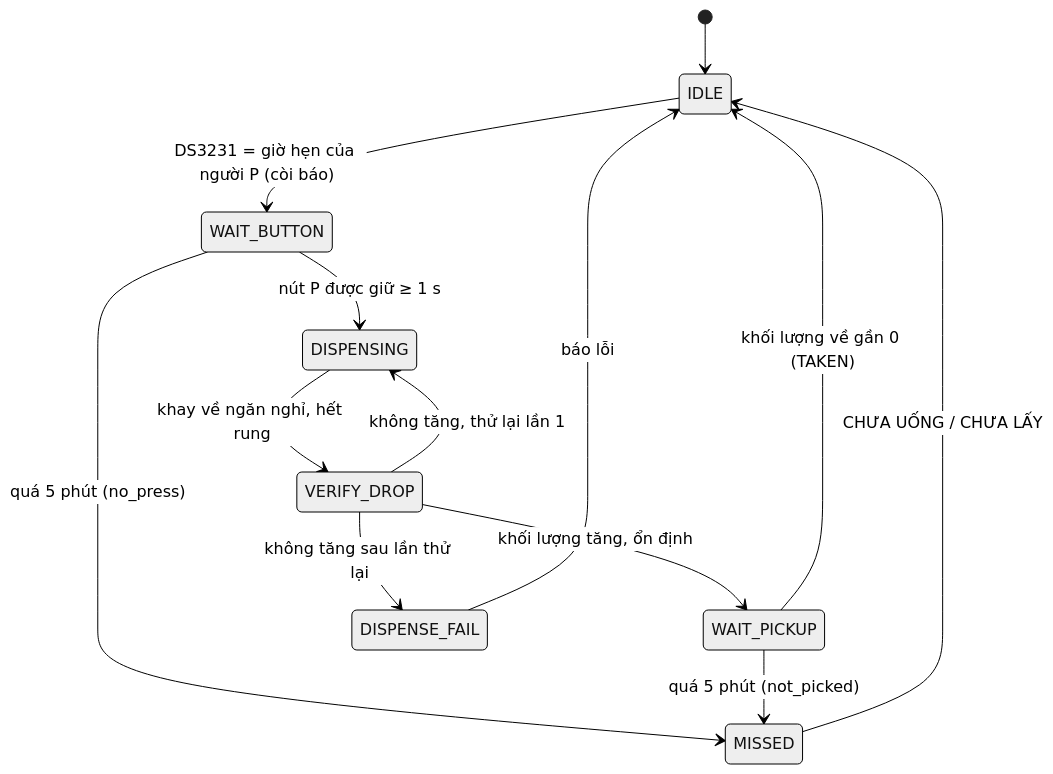
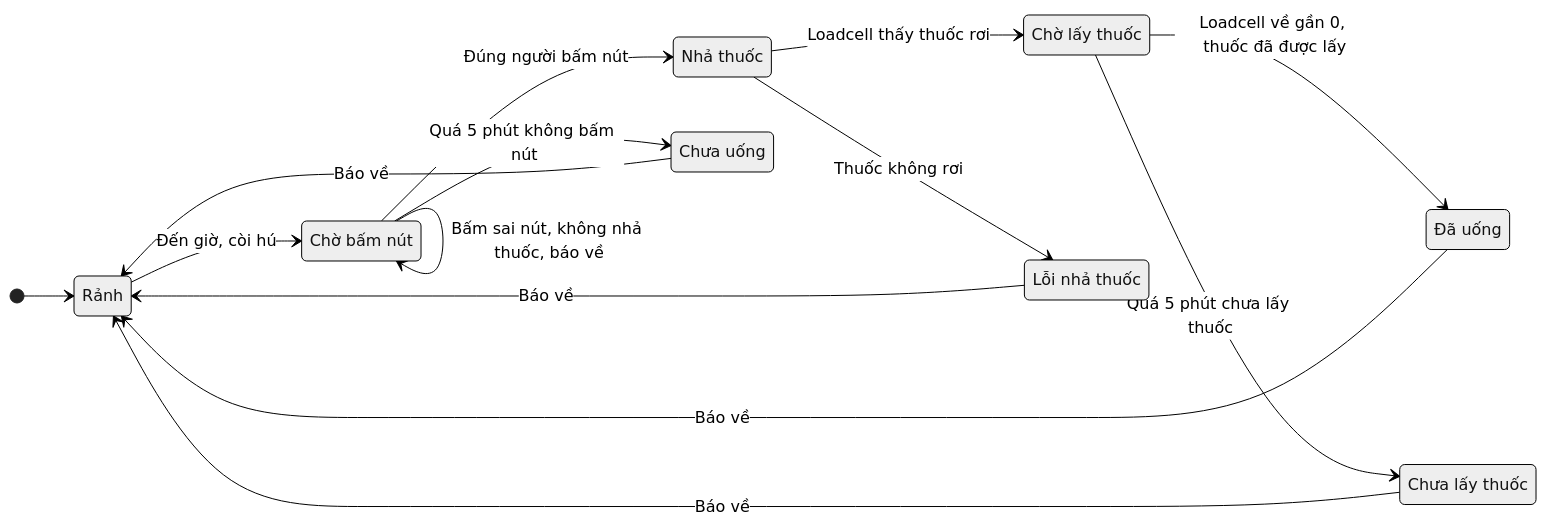
Before and after one commit to 23001579-cpu/iot_dev_app12: the second of 4 diagrams in README.md, drawn with Mermaid (neutral theme). The commit also changed other lines of this file, not shown here.

````diff
--- a/README.md
+++ b/README.md
@@ -197,15 +188,26 @@
 ```mermaid
 stateDiagram-v2
-    [*] --> IDLE
-    IDLE --> WAIT_BUTTON: DS3231 = giờ hẹn của người P (còi báo)
-    WAIT_BUTTON --> DISPENSING: nút P được giữ ≥ 1 s
-    WAIT_BUTTON --> MISSED: quá 5 phút (no_press)
-    DISPENSING --> VERIFY_DROP: khay về ngăn nghỉ, hết rung
-    VERIFY_DROP --> WAIT_PICKUP: khối lượng tăng, ổn định
-    VERIFY_DROP --> DISPENSING: không tăng, thử lại lần 1
-    VERIFY_DROP --> DISPENSE_FAIL: không tăng sau lần thử lại
-    DISPENSE_FAIL --> IDLE: báo lỗi
-    WAIT_PICKUP --> IDLE: khối lượng về gần 0 (TAKEN)
-    WAIT_PICKUP --> MISSED: quá 5 phút (not_picked)
-    MISSED --> IDLE: CHƯA UỐNG / CHƯA LẤY
+    direction LR
+    state "Rảnh" as RANH
+    state "Chờ bấm nút" as CHO_NUT
+    state "Nhả thuốc" as NHA
+    state "Chờ lấy thuốc" as CHO_LAY
+    state "Đã uống" as DA_UONG
+    state "Chưa uống" as CHUA_UONG
+    state "Chưa lấy thuốc" as CHUA_LAY
+    state "Lỗi nhả thuốc" as LOI
+ 
+    [*] --> RANH
+    RANH --> CHO_NUT: Đến giờ, còi hú
+    CHO_NUT --> CHO_NUT: Bấm sai nút, không nhả thuốc, báo về
+    CHO_NUT --> NHA: Đúng người bấm nút
+    CHO_NUT --> CHUA_UONG: Quá 5 phút không bấm nút
+    NHA --> CHO_LAY: Loadcell thấy thuốc rơi
+    NHA --> LOI: Thuốc không rơi
+    CHO_LAY --> DA_UONG: Loadcell về gần 0, thuốc đã được lấy
+    CHO_LAY --> CHUA_LAY: Quá 5 phút chưa lấy thuốc
+    DA_UONG --> RANH: Báo về
+    CHUA_UONG --> RANH: Báo về
+    CHUA_LAY --> RANH: Báo về
+    LOI --> RANH: Báo về
 ```
````
